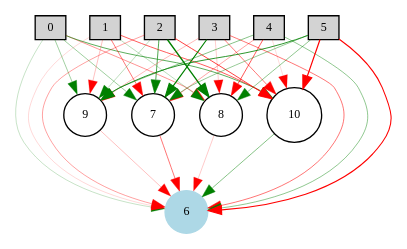
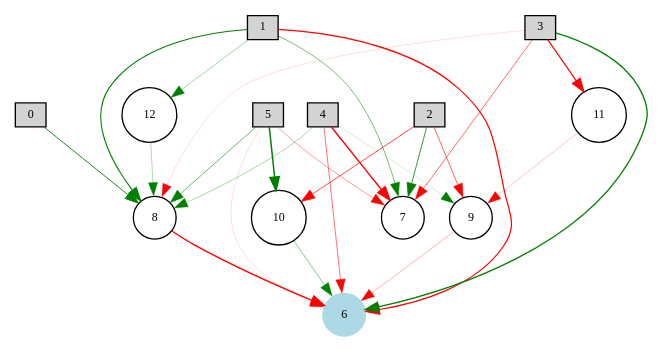
One commit to arkadyark/PongAI changed the diagram in 2015-2016/nn_winner-enabled.gv. Above: the diagram before and after it, drawn with Graphviz. The commit also changed 55 other files, not shown here.

```diff
--- a/2015-2016/nn_winner-enabled.gv
+++ b/2015-2016/nn_winner-enabled.gv
@@ -1,44 +1,35 @@
 digraph {
 	node [fontsize=9 height=0.2 shape=circle width=0.2]
 		0 [shape=box style=filled]
 		1 [shape=box style=filled]
 		2 [shape=box style=filled]
 		3 [shape=box style=filled]
 		4 [shape=box style=filled]
 		5 [shape=box style=filled]
 		6 [color=lightblue style=filled]
-			5 -> 9 [color=green penwidth=0.618295896355 style=solid]
-			4 -> 7 [color=red penwidth=0.273923793434 style=solid]
-			4 -> 8 [color=red penwidth=0.495030948136 style=solid]
-			5 -> 6 [color=red penwidth=0.805339347983 style=solid]
-			2 -> 8 [color=green penwidth=1.00644098346 style=solid]
-			10 -> 6 [color=green penwidth=0.356764749753 style=solid]
-			0 -> 7 [color=green penwidth=0.294718291303 style=solid]
-			1 -> 6 [color=red penwidth=0.122196708895 style=solid]
-			0 -> 10 [color=green penwidth=0.477217078647 style=solid]
-			3 -> 7 [color=green penwidth=0.85755271645 style=solid]
-			5 -> 8 [color=green penwidth=0.330034912408 style=solid]
-			4 -> 9 [color=green penwidth=0.362435996439 style=solid]
-			2 -> 9 [color=green penwidth=0.198836919568 style=solid]
-			3 -> 10 [color=red penwidth=0.402653170541 style=solid]
-			3 -> 6 [color=red penwidth=0.409787935481 style=solid]
-			1 -> 10 [color=red penwidth=0.475975104864 style=solid]
-			8 -> 6 [color=red penwidth=0.159471853248 style=solid]
-			4 -> 10 [color=red penwidth=0.106780931244 style=solid]
-			2 -> 6 [color=red penwidth=0.282561460314 style=solid]
-			2 -> 10 [color=red penwidth=0.558614174161 style=solid]
-			3 -> 9 [color=red penwidth=0.209319063626 style=solid]
-			1 -> 9 [color=red penwidth=0.189324151144 style=solid]
-			0 -> 8 [color=red penwidth=0.322950192037 style=solid]
-			9 -> 6 [color=red penwidth=0.186015834863 style=solid]
-			2 -> 7 [color=green penwidth=0.520215501497 style=solid]
-			5 -> 10 [color=red penwidth=0.897333691098 style=solid]
-			4 -> 6 [color=green penwidth=0.32907656643 style=solid]
-			5 -> 7 [color=green penwidth=0.307020186645 style=solid]
-			3 -> 8 [color=red penwidth=0.150916897958 style=solid]
-			0 -> 6 [color=green penwidth=0.173954087369 style=solid]
-			1 -> 8 [color=green penwidth=0.204281518528 style=solid]
-			1 -> 7 [color=red penwidth=0.397107844765 style=solid]
-			0 -> 9 [color=green penwidth=0.279466147875 style=solid]
-			7 -> 6 [color=red penwidth=0.412032647286 style=solid]
+			4 -> 7 [color=red penwidth=1.05332802698 style=solid]
+			4 -> 8 [color=green penwidth=0.250861538244 style=solid]
+			5 -> 6 [color=red penwidth=0.102260877668 style=solid]
+			10 -> 6 [color=green penwidth=0.344086376822 style=solid]
+			3 -> 11 [color=red penwidth=0.873056754317 style=solid]
+			1 -> 6 [color=red penwidth=0.920977682686 style=solid]
+			3 -> 7 [color=red penwidth=0.452952467909 style=solid]
+			5 -> 8 [color=green penwidth=0.438267523654 style=solid]
+			4 -> 9 [color=green penwidth=0.115423882877 style=solid]
+			2 -> 9 [color=red penwidth=0.459237041647 style=solid]
+			3 -> 6 [color=green penwidth=1.01471841512 style=solid]
+			8 -> 6 [color=red penwidth=1.04926084947 style=solid]
+			11 -> 9 [color=red penwidth=0.165003001039 style=solid]
+			2 -> 10 [color=red penwidth=0.538969277876 style=solid]
+			0 -> 8 [color=green penwidth=0.675013541927 style=solid]
+			9 -> 6 [color=red penwidth=0.234851502905 style=solid]
+			2 -> 7 [color=green penwidth=0.591565009035 style=solid]
+			5 -> 10 [color=green penwidth=1.1 style=solid]
+			4 -> 6 [color=red penwidth=0.414949001389 style=solid]
+			1 -> 12 [color=green penwidth=0.270460170766 style=solid]
+			5 -> 7 [color=red penwidth=0.294969932647 style=solid]
+			3 -> 8 [color=red penwidth=0.104028110346 style=solid]
+			1 -> 8 [color=green penwidth=0.820212865783 style=solid]
+			1 -> 7 [color=green penwidth=0.390641375753 style=solid]
+			12 -> 8 [color=green penwidth=0.220915704213 style=solid]
 }
```
